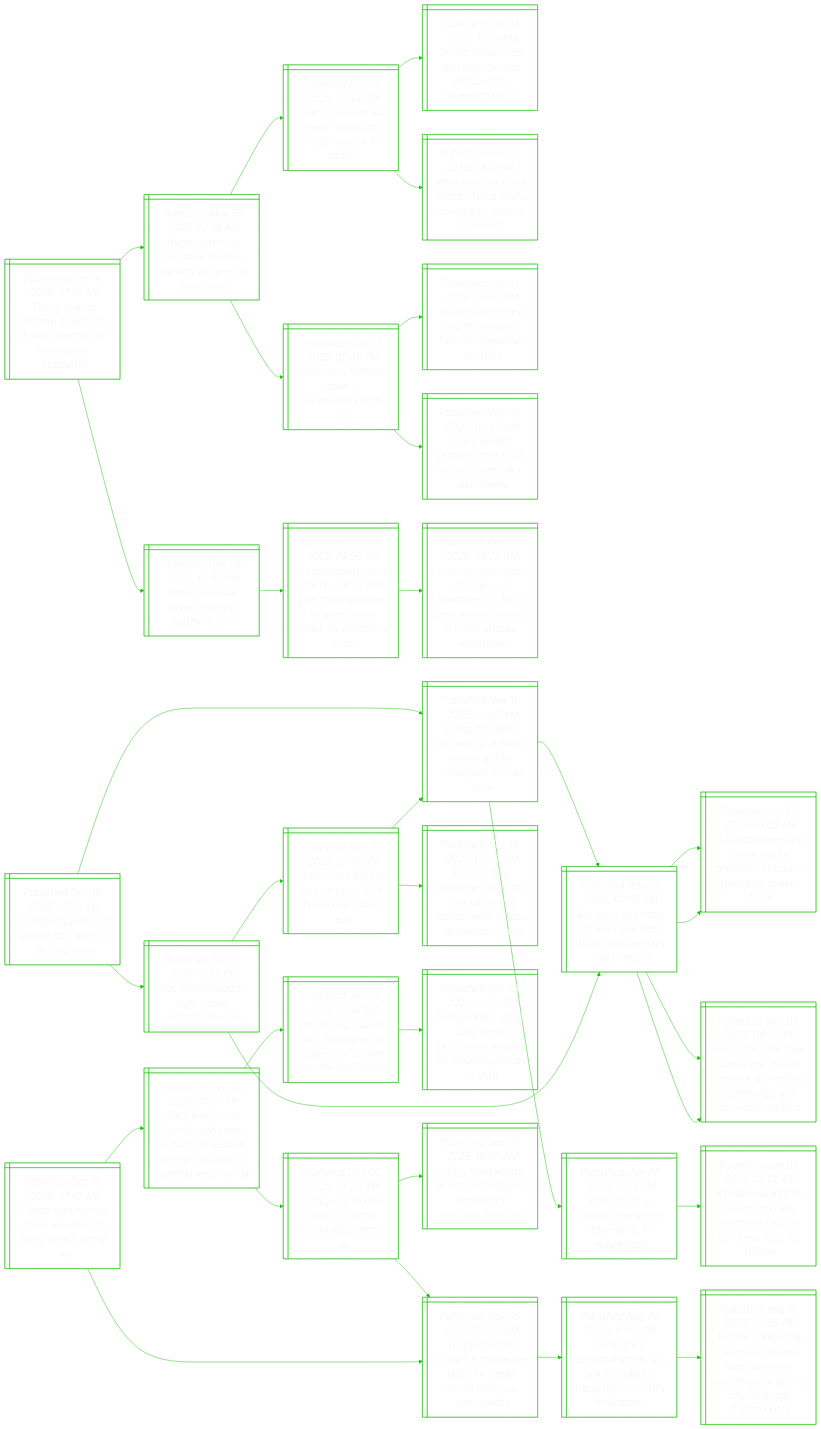
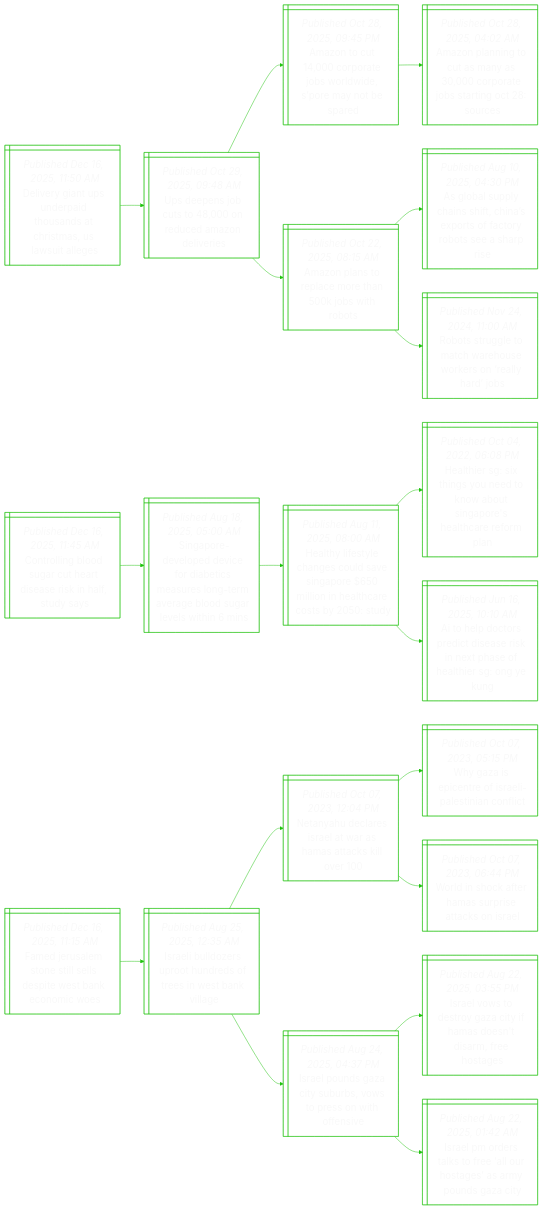
The diagram in README.md (notJmes/notJmes), drawn with Mermaid before and after one commit. The commit also changed other lines of this file, not shown here.

````diff
--- a/README.md
+++ b/README.md
@@ -16,112 +16,67 @@
 flowchart LR
 classDef txtsize font-size:20px;
 
-Tbsawnstidaao@{ shape: win-pane, label: "_Published Dec 16, 2025, 07:19 AM_
-Trump brands fentanyl a ‘weapon of mass destruction’ in drug war escalation" }
-HrUrdsiosir@{ shape: win-pane, label: "_Published May 15, 2025, 12:38 AM_
-Huge drop in us overdose deaths, marking progress in opioid crisis" }
-TsidzpiaoMo@{ shape: win-pane, label: "_Published Feb 14, 2025, 07:34 AM_
-Trump’s foreign aid freeze stops anti-fentanyl work in mexico" }
-Tanaineowni@{ shape: win-pane, label: "_Published Feb 03, 2025, 11:00 AM_
-Trump announces talks with canada, mexico over sweeping tariffs" }
-WoaTssindida@{ shape: win-pane, label: "_Published Feb 02, 2025, 08:48 AM_
-What to know about trump’s latest tariffs on canada, mexico and china" }
-Cseyuesit@{ shape: win-pane, label: "_Published May 13, 2025, 02:49 PM_
-China says fentanyl issue is responsibility of the us" }
-Tsdaeeogwff@{ shape: win-pane, label: "_Published Apr 10, 2025, 06:00 PM_
-Trump’s world view and the dangers from his great wall of tariffs" }
-CwsafosttWp@{ shape: win-pane, label: "_Published May 03, 2025, 02:23 AM_
-China weighs fentanyl offer to us to start trade talks, wsj reports" }
-VuorKiuyr@{ shape: win-pane, label: "_Published Dec 04, 2025, 05:10 PM_
-Venezuela boat strikes: kill first, justify never?" }
-UmsvnoaTpealtoea@{ shape: win-pane, label: "_Published Dec 04, 2025, 06:50 AM_
-Us lawmakers want vote on war powers after trump pledges to launch land attack on venezuela ‘soon’" }
-CsdltSatcerrrtsz@{ shape: win-pane, label: "_Published Dec 03, 2025, 05:20 AM_
-‘colossal and costly mistake’: us lawmakers to force vote on war powers if trump attacks venezuela" }
+DeaSrtatsUsls@{ shape: win-pane, label: "_Published Dec 16, 2025, 11:50 AM_
+Delivery giant ups underpaid thousands at christmas, us lawsuit alleges" }
+Uejtncaer@{ shape: win-pane, label: "_Published Oct 29, 2025, 09:48 AM_
+Ups deepens job cuts to 48,000 on reduced amazon deliveries" }
+Antojoioyee@{ shape: win-pane, label: "_Published Oct 28, 2025, 09:45 PM_
+Amazon to cut 14,000 corporate jobs worldwide, s’pore may not be spared" }
+Annosapesitc@{ shape: win-pane, label: "_Published Oct 28, 2025, 04:02 AM_
+Amazon planning to cut as many as 30,000 corporate jobs starting oct 28: sources" }
+Anspmhoto@{ shape: win-pane, label: "_Published Oct 22, 2025, 08:15 AM_
+Amazon plans to replace more than 500k jobs with robots" }
+AbphsCsrfroere@{ shape: win-pane, label: "_Published Aug 10, 2025, 04:30 PM_
+As global supply chains shift, china’s exports of factory robots see a sharp rise" }
+Rsgohhwreho@{ shape: win-pane, label: "_Published Nov 24, 2024, 11:00 AM_
+Robots struggle to match warehouse workers on ‘really hard’ jobs" }
 
-Tbsawnstidaao:::txtsize --> HrUrdsiosir:::txtsize
-HrUrdsiosir:::txtsize --> TsidzpiaoMo:::txtsize
-TsidzpiaoMo:::txtsize --> Tanaineowni:::txtsize
-TsidzpiaoMo:::txtsize --> WoaTssindida:::txtsize
-HrUrdsiosir:::txtsize --> Cseyuesit:::txtsize
-Cseyuesit:::txtsize --> Tsdaeeogwff:::txtsize
-Cseyuesit:::txtsize --> CwsafosttWp:::txtsize
-Tbsawnstidaao:::txtsize --> VuorKiuyr:::txtsize
-VuorKiuyr:::txtsize --> UmsvnoaTpealtoea:::txtsize
-UmsvnoaTpealtoea:::txtsize --> CsdltSatcerrrtsz:::txtsize
+DeaSrtatsUsls:::txtsize --> Uejtncaer:::txtsize
+Uejtncaer:::txtsize --> Antojoioyee:::txtsize
+Antojoioyee:::txtsize --> Annosapesitc:::txtsize
+Uejtncaer:::txtsize --> Anspmhoto:::txtsize
+Anspmhoto:::txtsize --> AbphsCsrfroere:::txtsize
+Anspmhoto:::txtsize --> Rsgohhwreho:::txtsize
 
-TsatnCled@{ shape: win-pane, label: "_Published Dec 16, 2025, 07:10 AM_
-Trump says lawsuit against bbc likely to be filed soon" }
-TttBhiwaagfio@{ shape: win-pane, label: "_Published Nov 11, 2025, 12:49 AM_
-Trump threatens bbc with $1.3 billion lawsuit as bbc apologises for edit error" }
-Bshfqfroneri@{ shape: win-pane, label: "_Published Nov 10, 2025, 02:45 AM_
-Bbc boss and head of news quit after trump documentary edit criticism" }
-Gonsobhcyerws@{ shape: win-pane, label: "_Published Jul 15, 2025, 01:09 AM_
-Gaza documentary shown on bbc breached accuracy guideline, review finds" }
-BsislBsisedpsnies@{ shape: win-pane, label: "_Published Nov 09, 2025, 09:00 PM_
-British minister says claims bbc misled viewers with edited trump clips are ‘incredibly serious’" }
-SiUiinenWn@{ shape: win-pane, label: "_Published Jan 07, 2021, 12:55 PM_
-Storming of us capitol: timeline of key events in washington" }
-peapubmalrest@{ shape: win-pane, label: "_Published Jan 07, 2021, 03:22 AM_
-4 people dead after pro-trump mob storms us capitol; congress resumes debate" }
-BtnfTdac@{ shape: win-pane, label: "_Published Nov 17, 2025, 11:28 PM_
-Bbc ‘determined to fight’ trump defamation claim" }
-Tsieooieet@{ shape: win-pane, label: "_Published Nov 15, 2025, 10:09 AM_
-Trump says will sue bbc for up to $6.4 billion over video edit" }
-TttBhiwaagfio@{ shape: win-pane, label: "_Published Nov 11, 2025, 12:49 AM_
-Trump threatens bbc with $1.3 billion lawsuit as bbc apologises for edit error" }
-BiCosueoshrtaoi@{ shape: win-pane, label: "_Published Nov 14, 2025, 05:07 AM_
-Britain’s bbc apologises to trump over panorama speech edit, rejects defamation claim" }
-Bshfqfroneri@{ shape: win-pane, label: "_Published Nov 10, 2025, 02:45 AM_
-Bbc boss and head of news quit after trump documentary edit criticism" }
-Gonsobhcyerws@{ shape: win-pane, label: "_Published Jul 15, 2025, 01:09 AM_
-Gaza documentary shown on bbc breached accuracy guideline, review finds" }
-BsislBsisedpsnies@{ shape: win-pane, label: "_Published Nov 09, 2025, 09:00 PM_
-British minister says claims bbc misled viewers with edited trump clips are ‘incredibly serious’" }
+Cogdreieify@{ shape: win-pane, label: "_Published Dec 16, 2025, 11:45 AM_
+Controlling blood sugar cut heart disease risk in half, study says" }
+Spepvobsuorrluewn@{ shape: win-pane, label: "_Published Aug 18, 2025, 05:00 AM_
+Singapore-developed device for diabetics measures long-term average blood sugar levels within 6 mins" }
+Hheeguvgeihhcbd@{ shape: win-pane, label: "_Published Aug 11, 2025, 08:00 AM_
+Healthy lifestyle changes could save singapore $650 million in healthcare costs by 2050: study" }
+HhGhyenonraafl@{ shape: win-pane, label: "_Published Oct 04, 2022, 06:08 PM_
+Healthier sg: six things you need to know about singapore's healthcare reform plan" }
+AecpceinhftSYg@{ shape: win-pane, label: "_Published Jun 16, 2025, 10:10 AM_
+Ai to help doctors predict disease risk in next phase of healthier sg: ong ye kung" }
 
-TsatnCled:::txtsize --> TttBhiwaagfio:::txtsize
-TttBhiwaagfio:::txtsize --> Bshfqfroneri:::txtsize
-Bshfqfroneri:::txtsize --> Gonsobhcyerws:::txtsize
-Bshfqfroneri:::txtsize --> BsislBsisedpsnies:::txtsize
-TttBhiwaagfio:::txtsize --> SiUiinenWn:::txtsize
-SiUiinenWn:::txtsize --> peapubmalrest:::txtsize
-TsatnCled:::txtsize --> BtnfTdac:::txtsize
-BtnfTdac:::txtsize --> Tsieooieet:::txtsize
-Tsieooieet:::txtsize --> TttBhiwaagfio:::txtsize
-Tsieooieet:::txtsize --> BiCosueoshrtaoi:::txtsize
-BtnfTdac:::txtsize --> Bshfqfroneri:::txtsize
-Bshfqfroneri:::txtsize --> Gonsobhcyerws:::txtsize
-Bshfqfroneri:::txtsize --> BsislBsisedpsnies:::txtsize
+Cogdreieify:::txtsize --> Spepvobsuorrluewn:::txtsize
+Spepvobsuorrluewn:::txtsize --> Hheeguvgeihhcbd:::txtsize
+Hheeguvgeihhcbd:::txtsize --> HhGhyenonraafl:::txtsize
+Hheeguvgeihhcbd:::txtsize --> AecpceinhftSYg:::txtsize
 
-TsesilHoia@{ shape: win-pane, label: "_Published Dec 16, 2025, 07:10 AM_
-Trump says he has asked xi to release hong kong’s jimmy lai" }
-Houncialsircsnoeta@{ shape: win-pane, label: "_Published Dec 15, 2025, 10:50 AM_
-Hong kong court finds tycoon jimmy lai guilty of sedition, foreign collusion in national security trial" }
-Hopapioefetfeo@{ shape: win-pane, label: "_Published Jun 24, 2021, 10:58 AM_
-Hong kong's apple daily apologises to readers in farewell note for final edition" }
-Hopaouaoeoatt@{ shape: win-pane, label: "_Published Jun 23, 2021, 03:20 PM_
-Hong kong's apple daily to end publication on june 24 following arrests of staff" }
-Fyeafnglmi@{ shape: win-pane, label: "_Published Dec 03, 2025, 07:20 AM_
-Family voices new alarm for hong kong’s jailed jimmy lai" }
-TpenteaHiomios@{ shape: win-pane, label: "_Published Nov 06, 2025, 06:25 AM_
-Trump pressed china’s xi to release jailed hk media tycoon jimmy lai, say sources" }
-Kngsotteassy@{ shape: win-pane, label: "_Published Sep 09, 2025, 10:20 AM_
-Killing hong kong’s lai would strengthen democracy message, son says" }
-TpenteaHiomios@{ shape: win-pane, label: "_Published Nov 06, 2025, 06:25 AM_
-Trump pressed china’s xi to release jailed hk media tycoon jimmy lai, say sources" }
-Homtylrnsgnlae@{ shape: win-pane, label: "_Published Aug 20, 2025, 07:01 PM_
-Hong kong democrat jimmy lai’s lawyer defends basic rights in trial’s final stretch" }
-FrKaeHytalaotrdnt@{ shape: win-pane, label: "_Published Aug 18, 2025, 03:05 PM_
-Former hong kong lawmaker ted hui says australian asylum grant shows city infringed human rights" }
+FJatteeeBcis@{ shape: win-pane, label: "_Published Dec 16, 2025, 11:15 AM_
+Famed jerusalem stone still sells despite west bank economic woes" }
+IllronseWal@{ shape: win-pane, label: "_Published Aug 25, 2025, 12:35 AM_
+Israeli bulldozers uproot hundreds of trees in west bank village" }
+NyeeawHakl@{ shape: win-pane, label: "_Published Oct 07, 2023, 12:04 PM_
+Netanyahu declares israel at war as hamas attacks kill over 100" }
+WzptIleint@{ shape: win-pane, label: "_Published Oct 07, 2023, 05:15 PM_
+Why gaza is epicentre of israeli-palestinian conflict" }
+Wiceapaks@{ shape: win-pane, label: "_Published Oct 07, 2023, 06:44 PM_
+World in shock after hamas surprise attacks on israel" }
+Ildasbsewfi@{ shape: win-pane, label: "_Published Aug 24, 2025, 04:37 PM_
+Israel pounds gaza city suburbs, vows to press on with offensive" }
+Ilttataodmhg@{ shape: win-pane, label: "_Published Aug 22, 2025, 03:55 PM_
+Israel vows to destroy gaza city if hamas doesn't disarm, free hostages" }
+IldaoaraspsC@{ shape: win-pane, label: "_Published Aug 22, 2025, 01:42 AM_
+Israel pm orders talks to free ‘all our hostages’ as army pounds gaza city" }
 
-TsesilHoia:::txtsize --> Houncialsircsnoeta:::txtsize
-Houncialsircsnoeta:::txtsize --> Hopapioefetfeo:::txtsize
-Hopapioefetfeo:::txtsize --> Hopaouaoeoatt:::txtsize
-Houncialsircsnoeta:::txtsize --> Fyeafnglmi:::txtsize
-Fyeafnglmi:::txtsize --> TpenteaHiomios:::txtsize
-Fyeafnglmi:::txtsize --> Kngsotteassy:::txtsize
-TsesilHoia:::txtsize --> TpenteaHiomios:::txtsize
-TpenteaHiomios:::txtsize --> Homtylrnsgnlae:::txtsize
-Homtylrnsgnlae:::txtsize --> FrKaeHytalaotrdnt:::txtsize
+FJatteeeBcis:::txtsize --> IllronseWal:::txtsize
+IllronseWal:::txtsize --> NyeeawHakl:::txtsize
+NyeeawHakl:::txtsize --> WzptIleint:::txtsize
+NyeeawHakl:::txtsize --> Wiceapaks:::txtsize
+IllronseWal:::txtsize --> Ildasbsewfi:::txtsize
+Ildasbsewfi:::txtsize --> Ilttataodmhg:::txtsize
+Ildasbsewfi:::txtsize --> IldaoaraspsC:::txtsize
 
 ```
````
